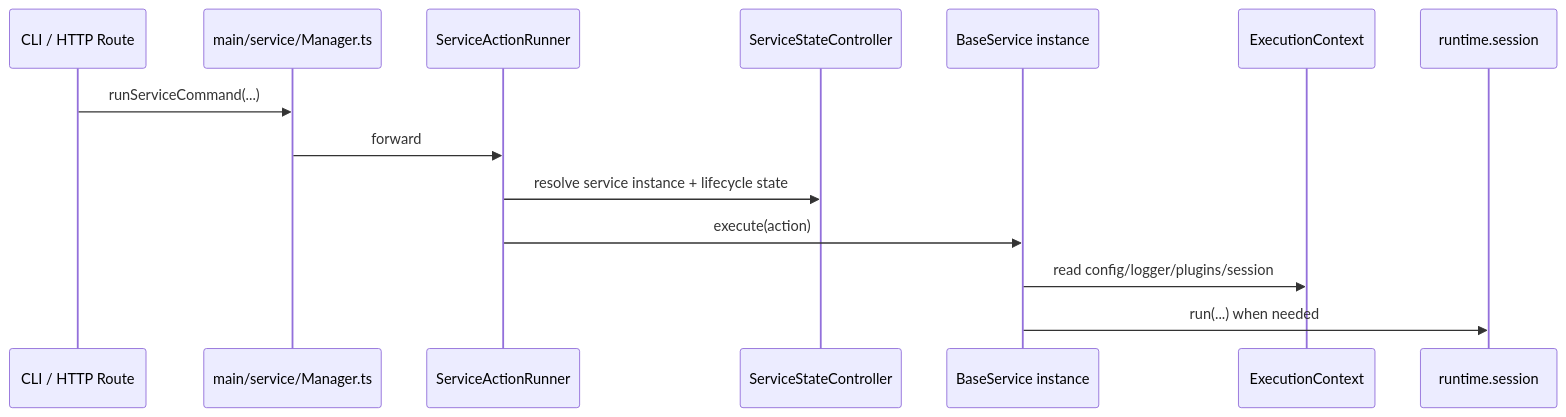
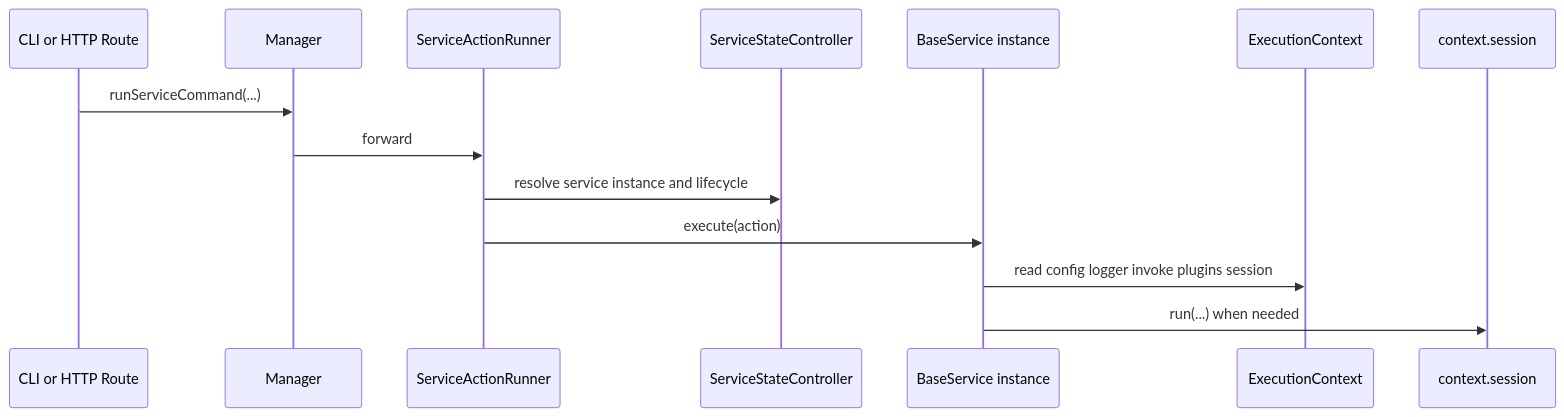
The third of 7 diagrams in devdocs/service-and-plugin.md (wangenius/downcity), drawn with Mermaid before and after one commit. The commit also changed other lines of this file and 96 other files, not shown here.

````diff
--- a/devdocs/service-and-plugin.md
+++ b/devdocs/service-and-plugin.md
@@ -151,17 +142,17 @@
 ```mermaid
 sequenceDiagram
-  participant CLI as CLI / HTTP Route
-  participant MANAGER as main/service/Manager.ts
+  participant ENTRY as CLI or HTTP Route
+  participant MANAGER as Manager
   participant RUNNER as ServiceActionRunner
   participant STATE as ServiceStateController
   participant SERVICE as BaseService instance
   participant CTX as ExecutionContext
-  participant SESSION as runtime.session
+  participant SESSION as context.session
 
-  CLI->>MANAGER: runServiceCommand(...)
+  ENTRY->>MANAGER: runServiceCommand(...)
   MANAGER->>RUNNER: forward
-  RUNNER->>STATE: resolve service instance + lifecycle state
+  RUNNER->>STATE: resolve service instance and lifecycle
   RUNNER->>SERVICE: execute(action)
-  SERVICE->>CTX: read config/logger/plugins/session
+  SERVICE->>CTX: read config logger invoke plugins session
   SERVICE->>SESSION: run(...) when needed
 ```
````
